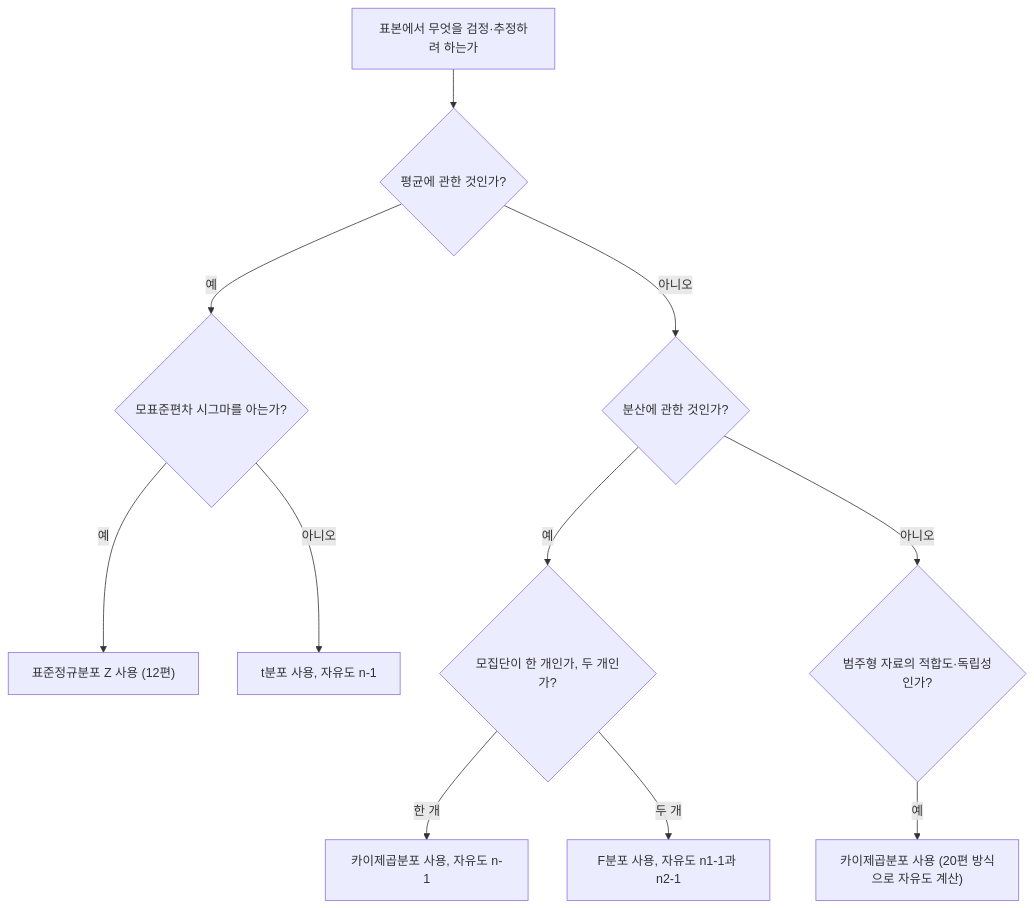
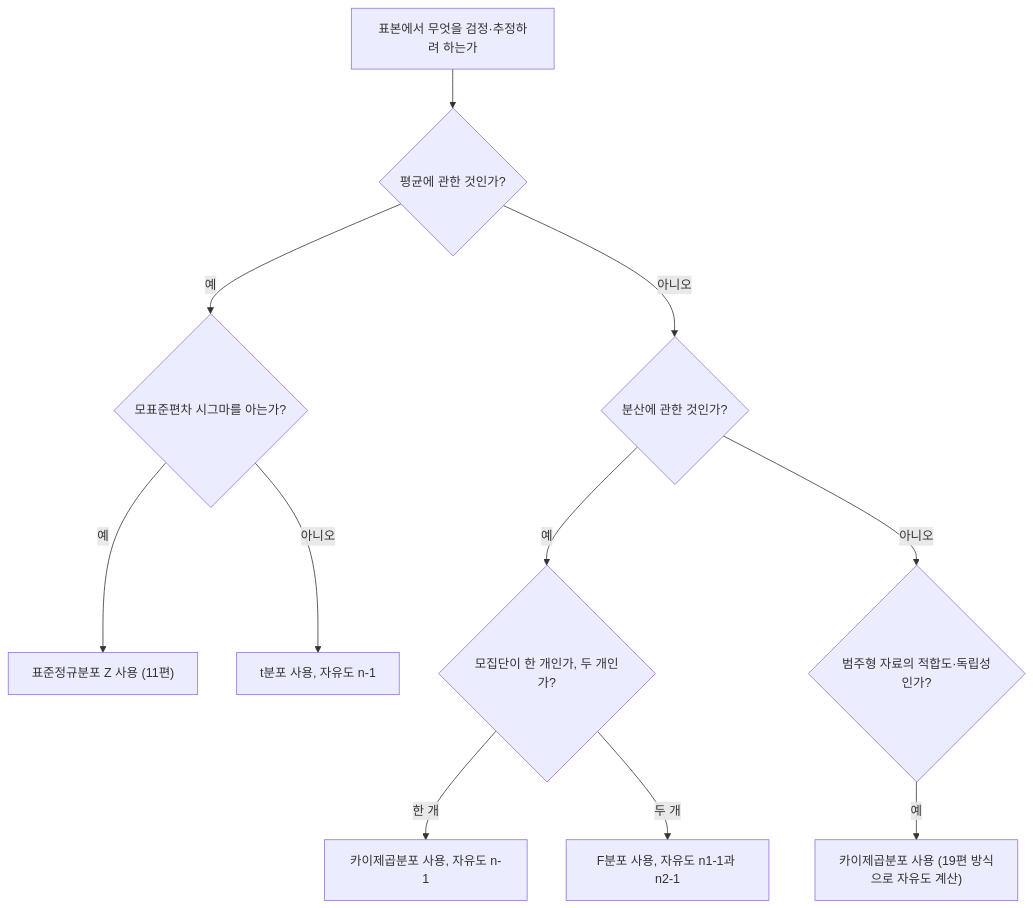
One commit to zenoK80/zeno-ai-docs changed the diagram in content/독학사/1단계/기초통계학/12_sampling-t-chi-f.mdx. Above: the diagram before and after it, drawn with Mermaid. The commit also changed other lines of this file and 1368 other files, not shown here.

````diff
--- a/content/독학사/1단계/기초통계학/12_sampling-t-chi-f.mdx
+++ b/content/독학사/1단계/기초통계학/12_sampling-t-chi-f.mdx
@@ -153,13 +122,13 @@
 ```mermaid
 flowchart TD
     A["표본에서 무엇을 검정·추정하려 하는가"] --> B{"평균에 관한 것인가?"}
     B -- 예 --> C{"모표준편차 시그마를 아는가?"}
-    C -- 예 --> D["표준정규분포 Z 사용 (12편)"]
+    C -- 예 --> D["표준정규분포 Z 사용 (11편)"]
     C -- 아니오 --> E["t분포 사용, 자유도 n-1"]
     B -- 아니오 --> F{"분산에 관한 것인가?"}
     F -- 예 --> G{"모집단이 한 개인가, 두 개인가?"}
     G -- "한 개" --> H["카이제곱분포 사용, 자유도 n-1"]
     G -- "두 개" --> I["F분포 사용, 자유도 n1-1과 n2-1"]
     F -- 아니오 --> J{"범주형 자료의 적합도·독립성인가?"}
-    J -- 예 --> K["카이제곱분포 사용 (20편 방식으로 자유도 계산)"]
+    J -- 예 --> K["카이제곱분포 사용 (19편 방식으로 자유도 계산)"]
 ```
````
